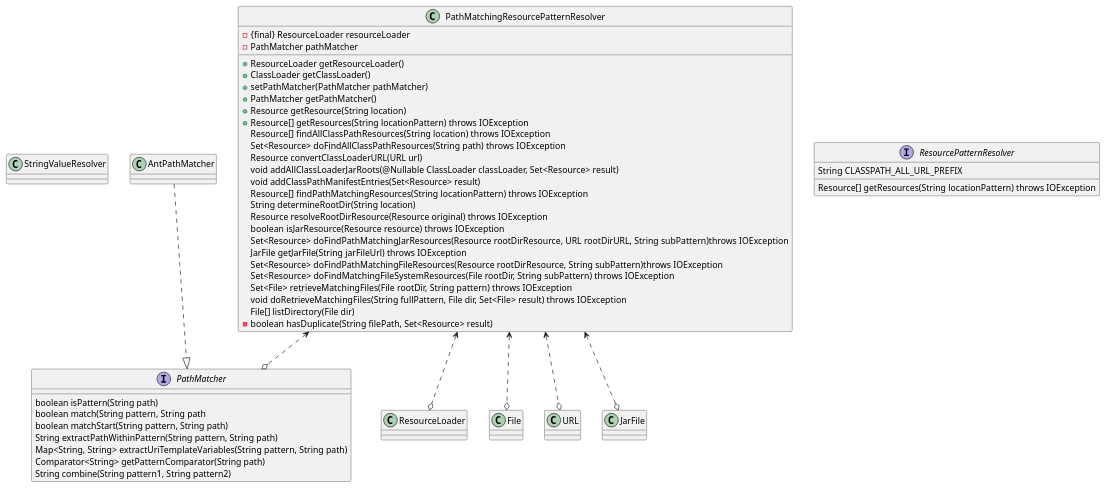
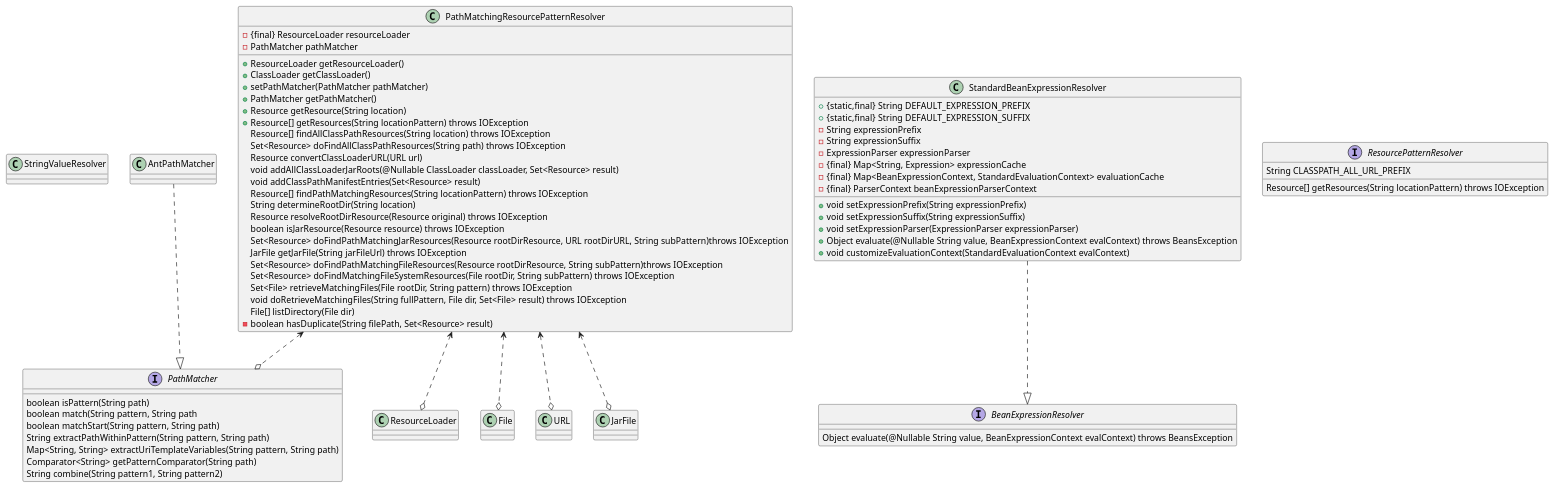
The diagram in src/main/java/cn/Resolver.puml (zou2561789/springuml), drawn with PlantUML before and after one commit. The commit also changed 10 other files, not shown here.

Commit message:
AbstractBeanFactory的uml图 将spring转换器框架单独分类

```diff
--- a/src/main/java/cn/Resolver.puml
+++ b/src/main/java/cn/Resolver.puml
@@ -1,55 +1,74 @@
 @startuml
 
 class StringValueResolver{
 
 }
 class PathMatchingResourcePatternResolver{
     -{final} ResourceLoader resourceLoader
     - PathMatcher pathMatcher
     + ResourceLoader getResourceLoader()
     + ClassLoader getClassLoader()
     + setPathMatcher(PathMatcher pathMatcher)
     + PathMatcher getPathMatcher()
     + Resource getResource(String location)
     + Resource[] getResources(String locationPattern) throws IOException
       Resource[] findAllClassPathResources(String location) throws IOException
       Set<Resource> doFindAllClassPathResources(String path) throws IOException
       Resource convertClassLoaderURL(URL url)
       void addAllClassLoaderJarRoots(@Nullable ClassLoader classLoader, Set<Resource> result)
       void addClassPathManifestEntries(Set<Resource> result)
       Resource[] findPathMatchingResources(String locationPattern) throws IOException
       String determineRootDir(String location)
       Resource resolveRootDirResource(Resource original) throws IOException
       boolean isJarResource(Resource resource) throws IOException
       Set<Resource> doFindPathMatchingJarResources(Resource rootDirResource, URL rootDirURL, String subPattern)throws IOException
       JarFile getJarFile(String jarFileUrl) throws IOException
       Set<Resource> doFindPathMatchingFileResources(Resource rootDirResource, String subPattern)throws IOException
       Set<Resource> doFindMatchingFileSystemResources(File rootDir, String subPattern) throws IOException
       Set<File> retrieveMatchingFiles(File rootDir, String pattern) throws IOException
       void doRetrieveMatchingFiles(String fullPattern, File dir, Set<File> result) throws IOException
       File[] listDirectory(File dir)
     - boolean hasDuplicate(String filePath, Set<Resource> result)
 }
 class AntPathMatcher{
 
 }
+class StandardBeanExpressionResolver{
+  +{static,final}  String DEFAULT_EXPRESSION_PREFIX
+  +{static,final}  String DEFAULT_EXPRESSION_SUFFIX
+  - String expressionPrefix
+  - String expressionSuffix
+  - ExpressionParser expressionParser
+  - {final} Map<String, Expression> expressionCache
+  - {final} Map<BeanExpressionContext, StandardEvaluationContext> evaluationCache
+  - {final} ParserContext beanExpressionParserContext
+  + void setExpressionPrefix(String expressionPrefix)
+  + void setExpressionSuffix(String expressionSuffix)
+  + void setExpressionParser(ExpressionParser expressionParser)
+  + Object evaluate(@Nullable String value, BeanExpressionContext evalContext) throws BeansException
+  + void customizeEvaluationContext(StandardEvaluationContext evalContext)
+}
+interface BeanExpressionResolver{
+  Object evaluate(@Nullable String value, BeanExpressionContext evalContext) throws BeansException
+}
 interface ResourcePatternResolver{
    String CLASSPATH_ALL_URL_PREFIX
    Resource[] getResources(String locationPattern) throws IOException
 }
 interface PathMatcher{
     boolean isPattern(String path)
     boolean match(String pattern, String path
     boolean matchStart(String pattern, String path)
     String extractPathWithinPattern(String pattern, String path)
     Map<String, String> extractUriTemplateVariables(String pattern, String path)
     Comparator<String> getPatternComparator(String path)
     String combine(String pattern1, String pattern2)
 }
 PathMatchingResourcePatternResolver <..o ResourceLoader
 PathMatchingResourcePatternResolver <..o PathMatcher
 PathMatchingResourcePatternResolver <..o File
 PathMatchingResourcePatternResolver <..o URL
 PathMatchingResourcePatternResolver <..o JarFile
 AntPathMatcher ..|>PathMatcher
+StandardBeanExpressionResolver ..|>BeanExpressionResolver
 @enduml
```
